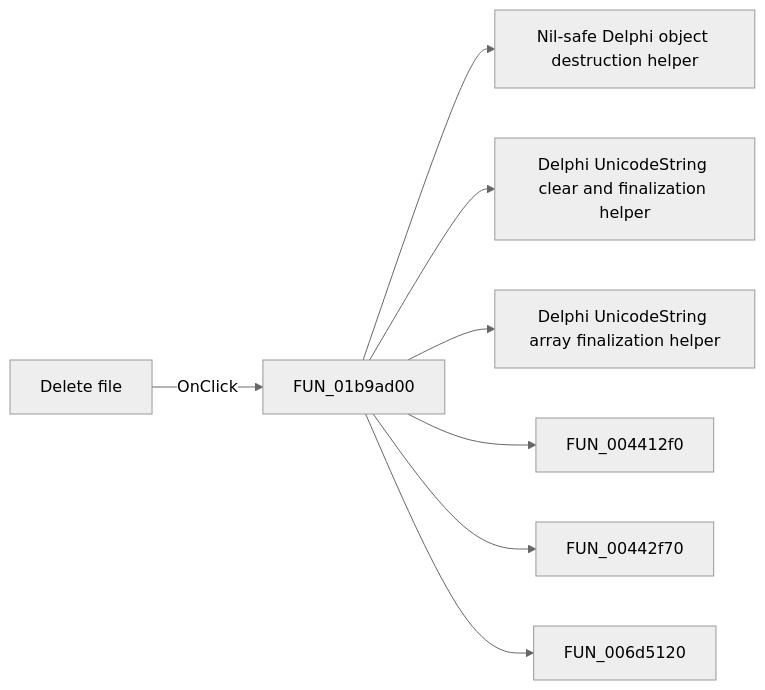
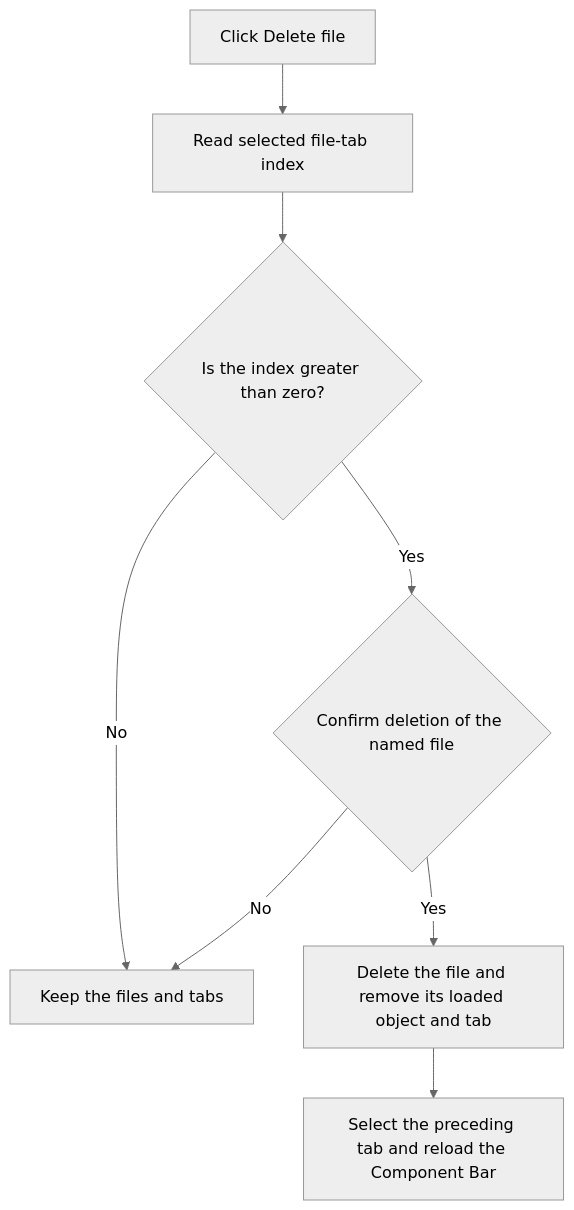
Before and after one commit to MovGP0/TIARA: the diagram in docs/ui-controls/frmeditcomprack/pmnudeletefile-795db1d3fc.md, drawn with Mermaid (neutral theme). The commit also changed other lines of this file and 387 other files, not shown here.

````diff
--- a/docs/ui-controls/frmeditcomprack/pmnudeletefile-795db1d3fc.md
+++ b/docs/ui-controls/frmeditcomprack/pmnudeletefile-795db1d3fc.md
@@ -27,10 +27,10 @@
 ```mermaid
-flowchart LR
-    control["Delete file"] -->|OnClick| handler["FUN_01b9ad00"]
-    handler --> call1["Nil-safe Delphi object destruction helper"]
-    handler --> call2["Delphi UnicodeString clear and finalization helper"]
-    handler --> call3["Delphi UnicodeString array finalization helper"]
-    handler --> call4["FUN_004412f0"]
-    handler --> call5["FUN_00442f70"]
-    handler --> call6["FUN_006d5120"]
+flowchart TD
+    control["Click Delete file"] --> handler["Read selected file-tab index"]
+    handler --> eligible{"Is the index greater than zero?"}
+    eligible -- "No" --> noOp["Keep the files and tabs"]
+    eligible -- "Yes" --> confirm{"Confirm deletion of the named file"}
+    confirm -- "No" --> noOp
+    confirm -- "Yes" --> remove["Delete the file and remove its loaded object and tab"]
+    remove --> reload["Select the preceding tab and reload the Component Bar"]
 ```
````
